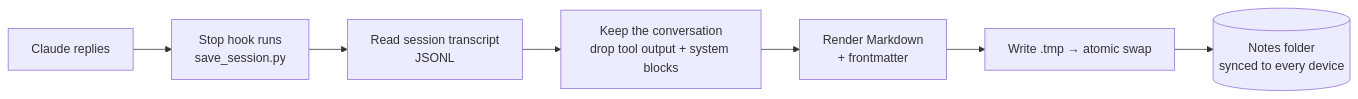
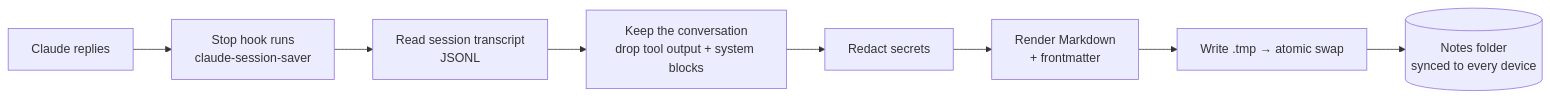
Before and after one commit to ChanceHart/claude-session-saver: the diagram in README.md, drawn with Mermaid. The commit also changed other lines of this file and 9 other files, not shown here.

````diff
--- a/README.md
+++ b/README.md
@@ -30,9 +49,10 @@
 ```mermaid
 flowchart LR
-    A[Claude replies] --> B[Stop hook runs<br/>save_session.py]
+    A[Claude replies] --> B[Stop hook runs<br/>claude-session-saver]
     B --> C[Read session transcript<br/>JSONL]
     C --> D[Keep the conversation<br/>drop tool output + system blocks]
-    D --> E[Render Markdown<br/>+ frontmatter]
-    E --> F[Write .tmp → atomic swap]
-    F --> G[(Notes folder<br/>synced to every device)]
+    D --> E[Redact secrets]
+    E --> F[Render Markdown<br/>+ frontmatter]
+    F --> G[Write .tmp → atomic swap]
+    G --> H[(Notes folder<br/>synced to every device)]
 ```
````
